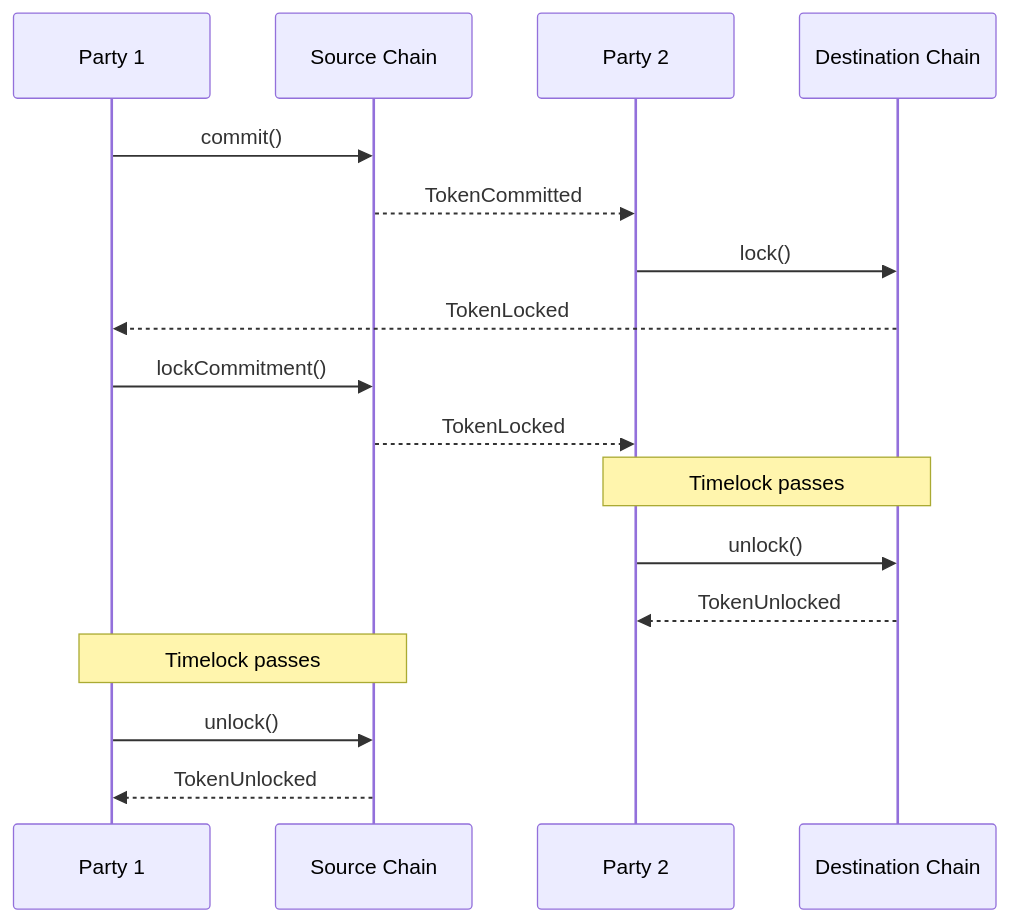
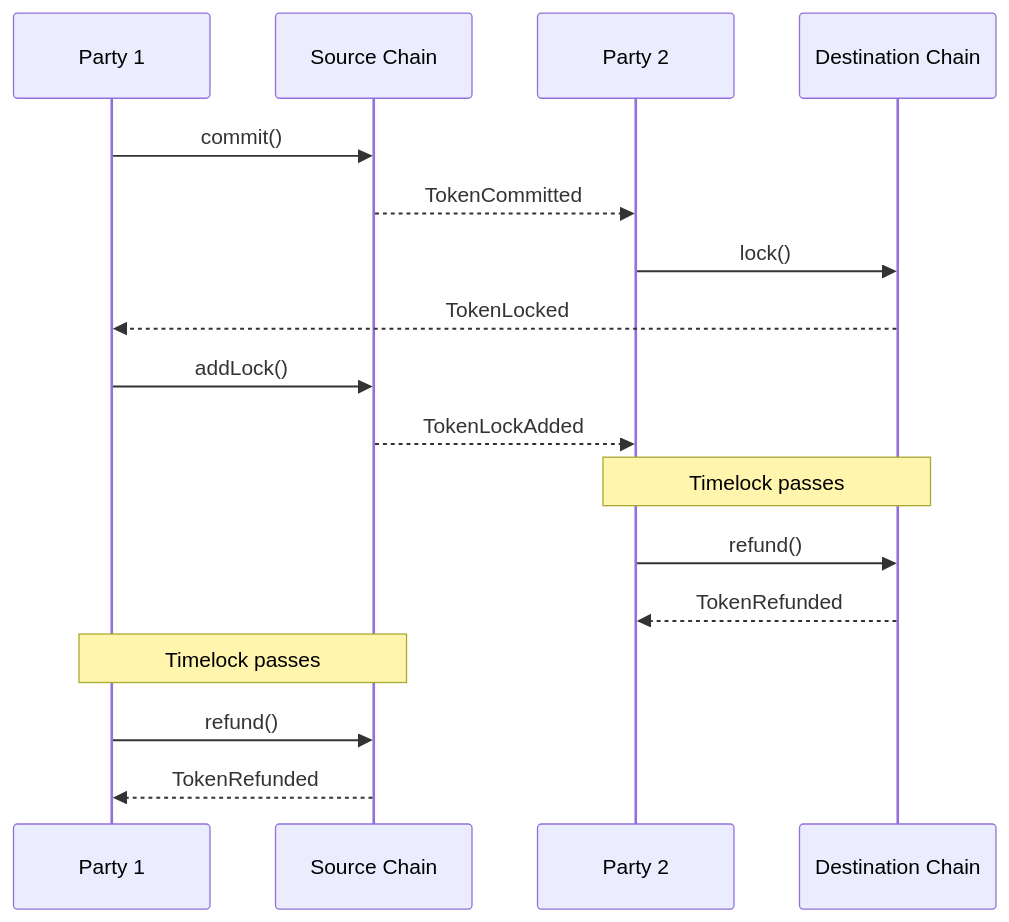
The second of 4 diagrams in protocol-spec/edge-cases.mdx (layerswap/layerswap-v8-docs), drawn with Mermaid before and after one commit. The commit also changed other lines of this file and 3 other files, not shown here.

````diff
--- a/protocol-spec/edge-cases.mdx
+++ b/protocol-spec/edge-cases.mdx
@@ -35,21 +35,21 @@
 ```mermaid
 sequenceDiagram
     participant P1 as Party 1
     participant SC as Source Chain
     participant P2 as Party 2
     participant DC as Destination Chain
 
 	
     P1->>SC: commit()
     SC-->>P2: TokenCommitted
     P2->>DC: lock()
     DC-->>P1: TokenLocked
-    P1->>SC: lockCommitment()
-    SC-->>P2: TokenLocked
+    P1->>SC: addLock()
+    SC-->>P2: TokenLockAdded
     Note over P2,DC: Timelock passes
-    P2->>DC: unlock()
-	  DC-->>P2: TokenUnlocked
+    P2->>DC: refund()
+	  DC-->>P2: TokenRefunded
 	  Note over P1,SC: Timelock passes
-    P1->>SC: unlock()
-    SC-->>P1: TokenUnlocked
+    P1->>SC: refund()
+    SC-->>P1: TokenRefunded
 ```
````
